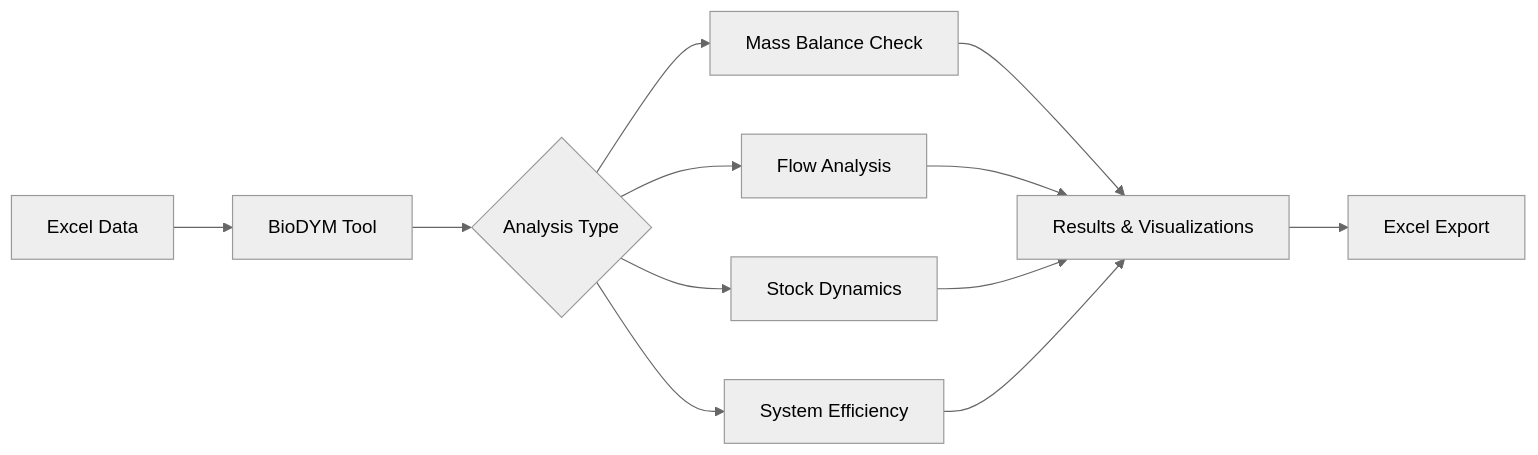
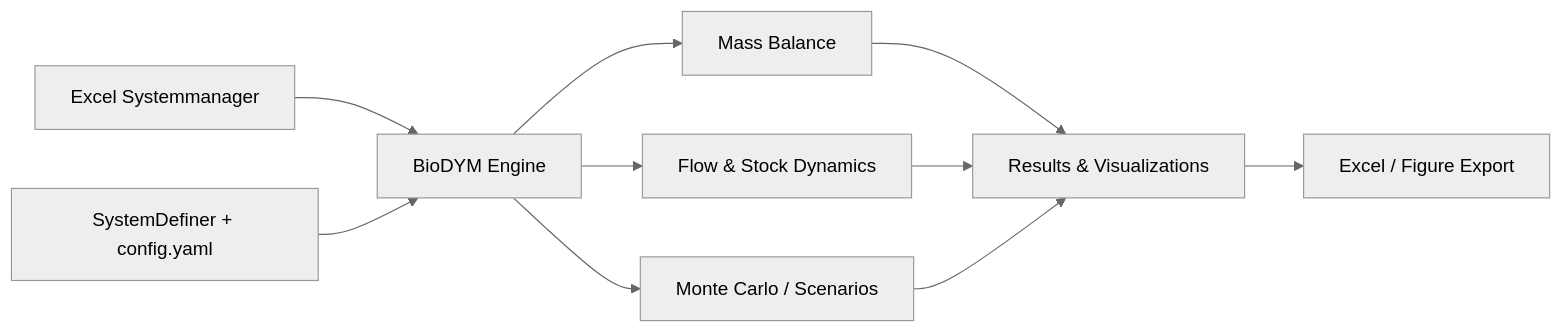
The diagram in README.md (JScholz-tech/Biodym_JS), drawn with Mermaid (neutral theme) before and after one commit. The commit also changed other lines of this file, not shown here.

````diff
--- a/README.md
+++ b/README.md
@@ -276,14 +289,12 @@
 ```mermaid
 graph LR
-    A[Excel Data] --> B[BioDYM Tool]
-    B --> C{Analysis Type}
-    C --> D[Mass Balance Check]
-    C --> E[Flow Analysis] 
-    C --> F[Stock Dynamics]
-    C --> G[System Efficiency]
-    D --> H[Results & Visualizations]
-    E --> H
-    F --> H
-    G --> H
-    H --> I[Excel Export]
+    A[Excel Systemmanager] --> C[BioDYM Engine]
+    B[SystemDefiner + config.yaml] --> C
+    C --> D[Mass Balance]
+    C --> E[Flow & Stock Dynamics]
+    C --> F[Monte Carlo / Scenarios]
+    D --> G[Results & Visualizations]
+    E --> G
+    F --> G
+    G --> H[Excel / Figure Export]
 ```
````
